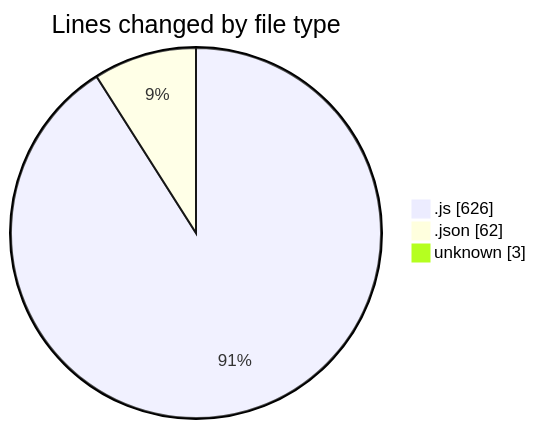
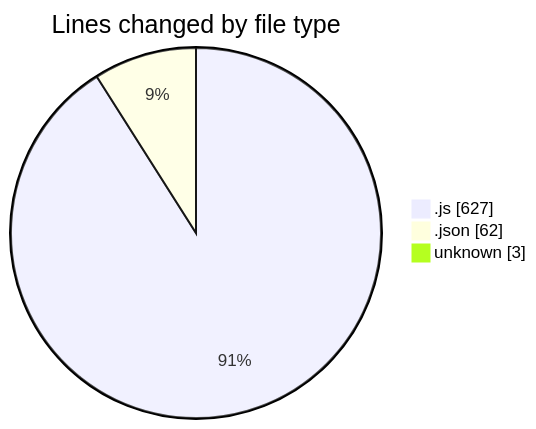
One commit to Ritupan-Deka/code-tracking changed the first of 2 diagrams in 2025-07-02/mern-thinkboard/README.md. Above: the diagram before and after it, drawn with Mermaid. The commit also changed other lines of this file and 1 other file, not shown here.

````diff
--- a/2025-07-02/mern-thinkboard/README.md
+++ b/2025-07-02/mern-thinkboard/README.md
@@ -29,7 +29,7 @@
 ```mermaid
 pie showData
 title Lines changed by file type
-".js" : 626
+".js" : 627
 ".json" : 62
 "unknown" : 3
 ```
````
